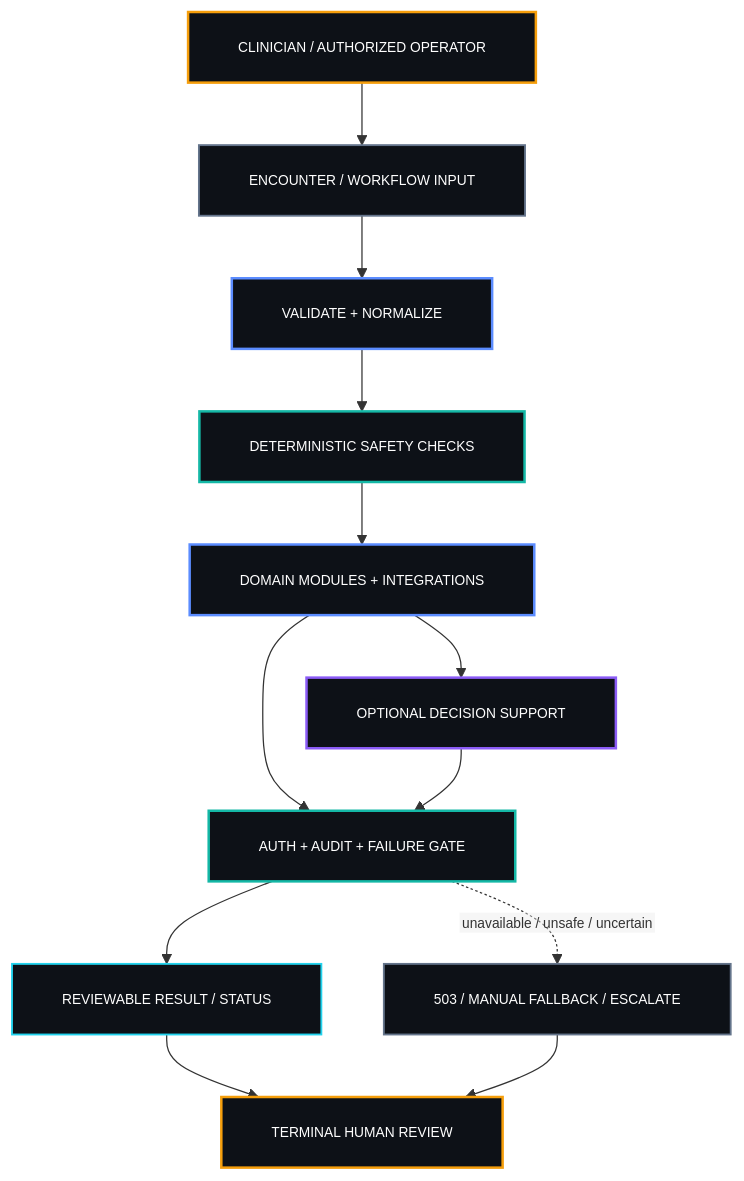
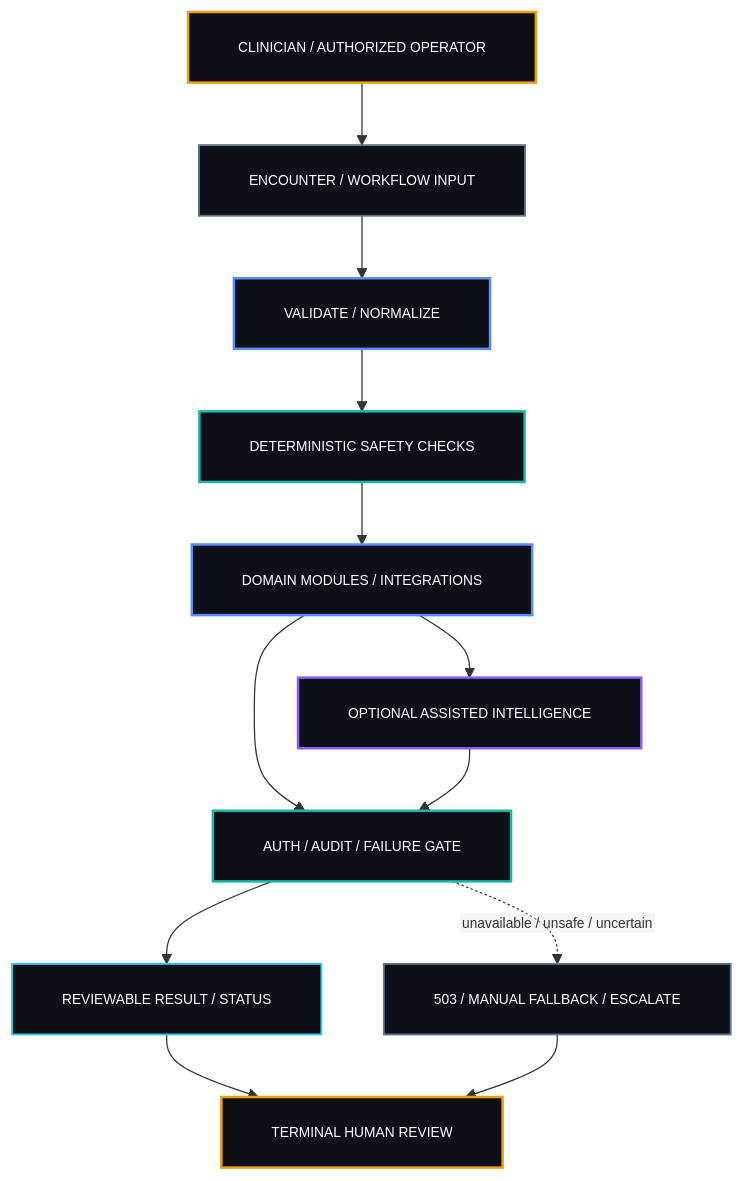
One commit to drferdi/Medboard changed the third of 4 diagrams in README.md. Above: the diagram before and after it, drawn with Mermaid. The commit also changed other lines of this file, not shown here.

````diff
--- a/README.md
+++ b/README.md
@@ -188,40 +323,40 @@
 ```mermaid
 %%{init: {"flowchart": {"htmlLabels": false, "padding": 20}, "themeVariables": {"fontFamily": "monospace", "fontSize": "11px"}}}%%
 flowchart TB
   HUMAN["CLINICIAN / AUTHORIZED OPERATOR"]
   INPUT["ENCOUNTER / WORKFLOW INPUT"]
-  VALIDATE["VALIDATE + NORMALIZE"]
+  VALIDATE["VALIDATE / NORMALIZE"]
   SAFETY["DETERMINISTIC SAFETY CHECKS"]
-  MODULES["DOMAIN MODULES + INTEGRATIONS"]
-  SUPPORT["OPTIONAL DECISION SUPPORT"]
-  GATE["AUTH + AUDIT + FAILURE GATE"]
+  MODULES["DOMAIN MODULES / INTEGRATIONS"]
+  SUPPORT["OPTIONAL ASSISTED INTELLIGENCE"]
+  GATE["AUTH / AUDIT / FAILURE GATE"]
   RESULT["REVIEWABLE RESULT / STATUS"]
   DEGRADE["503 / MANUAL FALLBACK / ESCALATE"]
   REVIEW["TERMINAL HUMAN REVIEW"]
 
   HUMAN --> INPUT
   INPUT --> VALIDATE
   VALIDATE --> SAFETY
   SAFETY --> MODULES
   MODULES --> SUPPORT
   MODULES --> GATE
   SUPPORT --> GATE
   GATE --> RESULT
   GATE -. unavailable / unsafe / uncertain .-> DEGRADE
   RESULT --> REVIEW
   DEGRADE --> REVIEW
 
   classDef authority fill:#0D1117,stroke:#F59E0B,color:#ffffff,stroke-width:2px;
   classDef agent fill:#0D1117,stroke:#8B5CF6,color:#ffffff,stroke-width:2px;
   classDef control fill:#0D1117,stroke:#14B8A6,color:#ffffff,stroke-width:2px;
   classDef core fill:#0D1117,stroke:#5B8CFF,color:#ffffff,stroke-width:2px;
   classDef shared fill:#0D1117,stroke:#64748B,color:#ffffff,stroke-width:1.5px;
   classDef surface fill:#0D1117,stroke:#22D3EE,color:#ffffff,stroke-width:1.5px;
 
   class HUMAN,REVIEW authority;
   class SUPPORT agent;
   class SAFETY,GATE control;
   class VALIDATE,MODULES core;
   class INPUT,DEGRADE shared;
   class RESULT surface;
 ```
````
